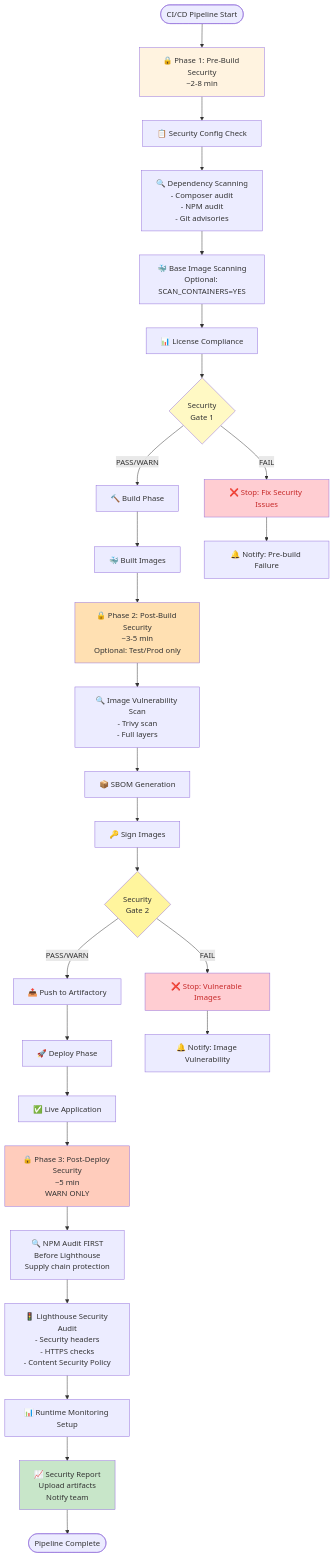
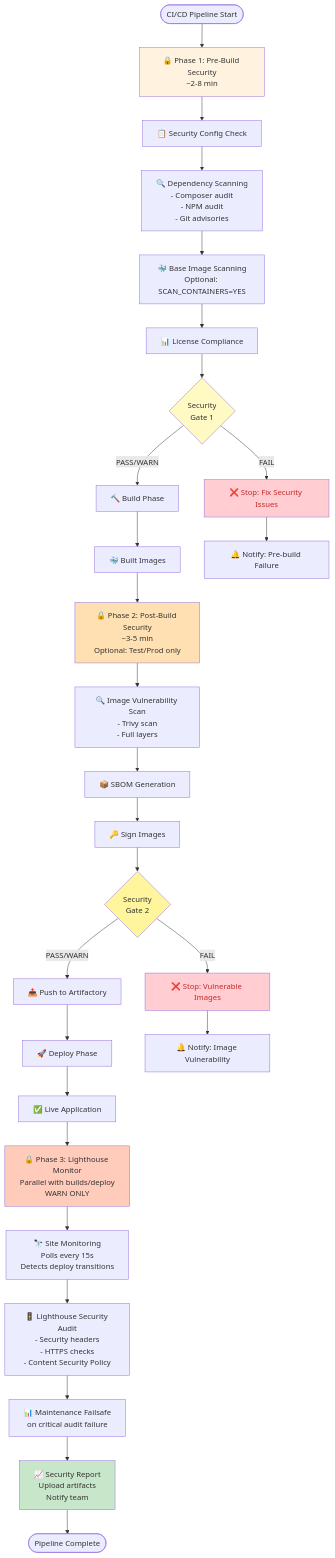
One commit to bcgov/moodle-nginx changed the fifth of 7 diagrams in .docs/diagrams/build-deployment-flow.md. Above: the diagram before and after it, drawn with Mermaid. The commit also changed other lines of this file and 10 other files, not shown here.

````diff
--- a/.docs/diagrams/build-deployment-flow.md
+++ b/.docs/diagrams/build-deployment-flow.md
@@ -307,53 +318,53 @@
 ```mermaid
 graph TD
     Start([CI/CD Pipeline Start]) --> P1[🔒 Phase 1: Pre-Build Security<br/>~2-8 min]
 
     P1 --> S1[📋 Security Config Check]
     S1 --> S2[🔍 Dependency Scanning<br/>- Composer audit<br/>- NPM audit<br/>- Git advisories]
     S2 --> S3[🐳 Base Image Scanning<br/>Optional: SCAN_CONTAINERS=YES]
     S3 --> S4[📊 License Compliance]
 
     S4 --> Gate1{Security<br/>Gate 1}
 
     Gate1 -->|PASS/WARN| Build[🔨 Build Phase]
     Gate1 -->|FAIL| Stop1[❌ Stop: Fix Security Issues]
 
     Build --> Images[🐳 Built Images]
 
     Images --> P2[🔒 Phase 2: Post-Build Security<br/>~3-5 min<br/>Optional: Test/Prod only]
 
     P2 --> S5[🔍 Image Vulnerability Scan<br/>- Trivy scan<br/>- Full layers]
     S5 --> S6[📦 SBOM Generation]
     S6 --> S7[🔑 Sign Images]
 
     S7 --> Gate2{Security<br/>Gate 2}
 
     Gate2 -->|PASS/WARN| Push[📤 Push to Artifactory]
     Gate2 -->|FAIL| Stop2[❌ Stop: Vulnerable Images]
 
     Push --> Deploy[🚀 Deploy Phase]
 
     Deploy --> Live[✅ Live Application]
 
-    Live --> P3[🔒 Phase 3: Post-Deploy Security<br/>~5 min<br/>WARN ONLY]
+    Live --> P3[🔒 Phase 3: Lighthouse Monitor<br/>Parallel with builds/deploy<br/>WARN ONLY]
 
-    P3 --> S8[🔍 NPM Audit FIRST<br/>Before Lighthouse<br/>Supply chain protection]
+    P3 --> S8[🔭 Site Monitoring<br/>Polls every 15s<br/>Detects deploy transitions]
     S8 --> S9[🚦 Lighthouse Security Audit<br/>- Security headers<br/>- HTTPS checks<br/>- Content Security Policy]
-    S9 --> S10[📊 Runtime Monitoring Setup]
+    S9 --> S10[📊 Maintenance Failsafe<br/>on critical audit failure]
 
     S10 --> Report[📈 Security Report<br/>Upload artifacts<br/>Notify team]
 
     Report --> End([Pipeline Complete])
 
     Stop1 --> Notify1[🔔 Notify: Pre-build Failure]
     Stop2 --> Notify2[🔔 Notify: Image Vulnerability]
 
     style P1 fill:#fff3e0
     style P2 fill:#ffe0b2
     style P3 fill:#ffccbc
     style Gate1 fill:#fff9c4
     style Gate2 fill:#fff59d
     style Stop1 fill:#ffcdd2,color:#c62828
     style Stop2 fill:#ffcdd2,color:#c62828
     style Report fill:#c8e6c9
 ```
````
